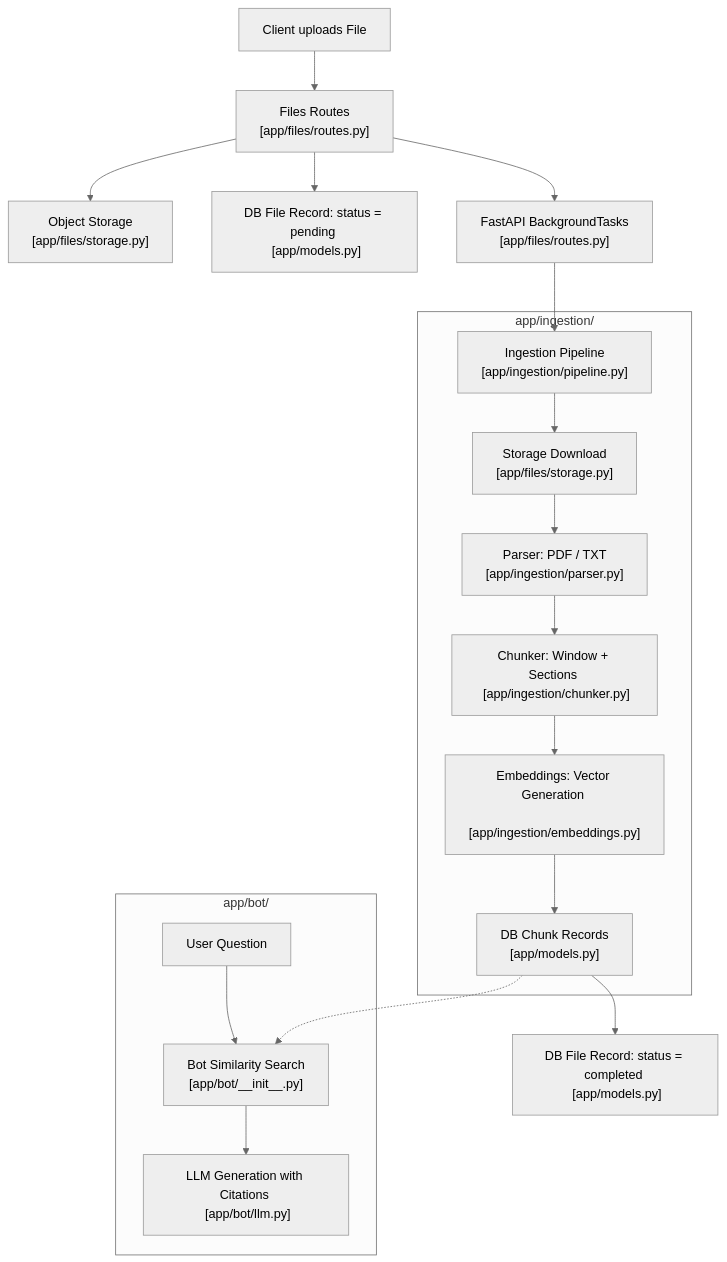
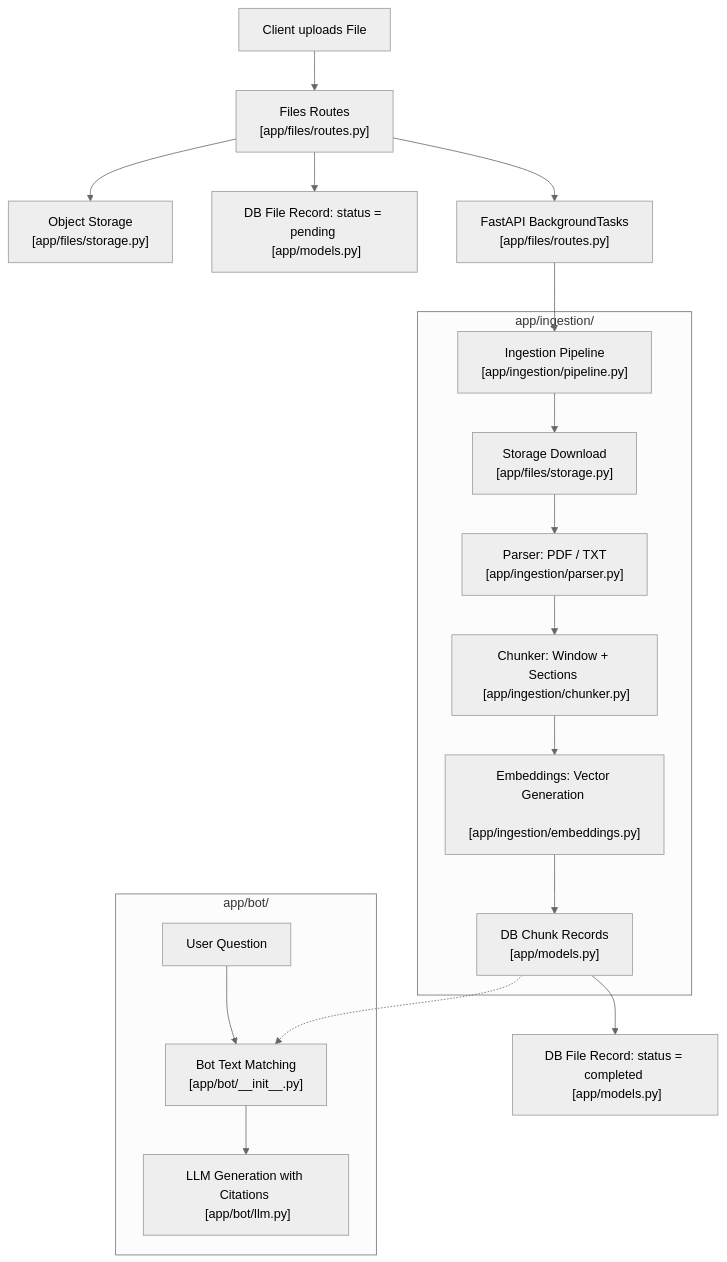
One commit to Ahmed-Elnaggar1/Working_Space changed the diagram in docs/modules/ingestion.md. Above: the diagram before and after it, drawn with Mermaid (neutral theme). The commit also changed other lines of this file and 3 other files, not shown here.

````diff
--- a/docs/modules/ingestion.md
+++ b/docs/modules/ingestion.md
@@ -9,24 +9,24 @@
 ```mermaid
 flowchart TD
     A[Client uploads File] --> B["Files Routes <br> [app/files/routes.py]"]
     B --> C["Object Storage <br> [app/files/storage.py]"]
     B --> D["DB File Record: status = pending <br> [app/models.py]"]
     B --> E["FastAPI BackgroundTasks <br> [app/files/routes.py]"]
     E --> F["Ingestion Pipeline <br> [app/ingestion/pipeline.py]"]
     
     subgraph Ingestion Module ["app/ingestion/"]
         F --> G["Storage Download <br> [app/files/storage.py]"]
         G --> H["Parser: PDF / TXT <br> [app/ingestion/parser.py]"]
         H --> I["Chunker: Window + Sections <br> [app/ingestion/chunker.py]"]
         I --> J["Embeddings: Vector Generation <br> [app/ingestion/embeddings.py]"]
         J --> K["DB Chunk Records <br> [app/models.py]"]
     end
     
     K --> L["DB File Record: status = completed <br> [app/models.py]"]
     
     subgraph Bot / RAG Retrieval ["app/bot/"]
-        M[User Question] --> N["Bot Similarity Search <br> [app/bot/__init__.py]"]
+        M[User Question] --> N["Bot Text Matching <br> [app/bot/__init__.py]"]
         K -.-> N
         N --> O["LLM Generation with Citations <br> [app/bot/llm.py]"]
     end
 ```
````
